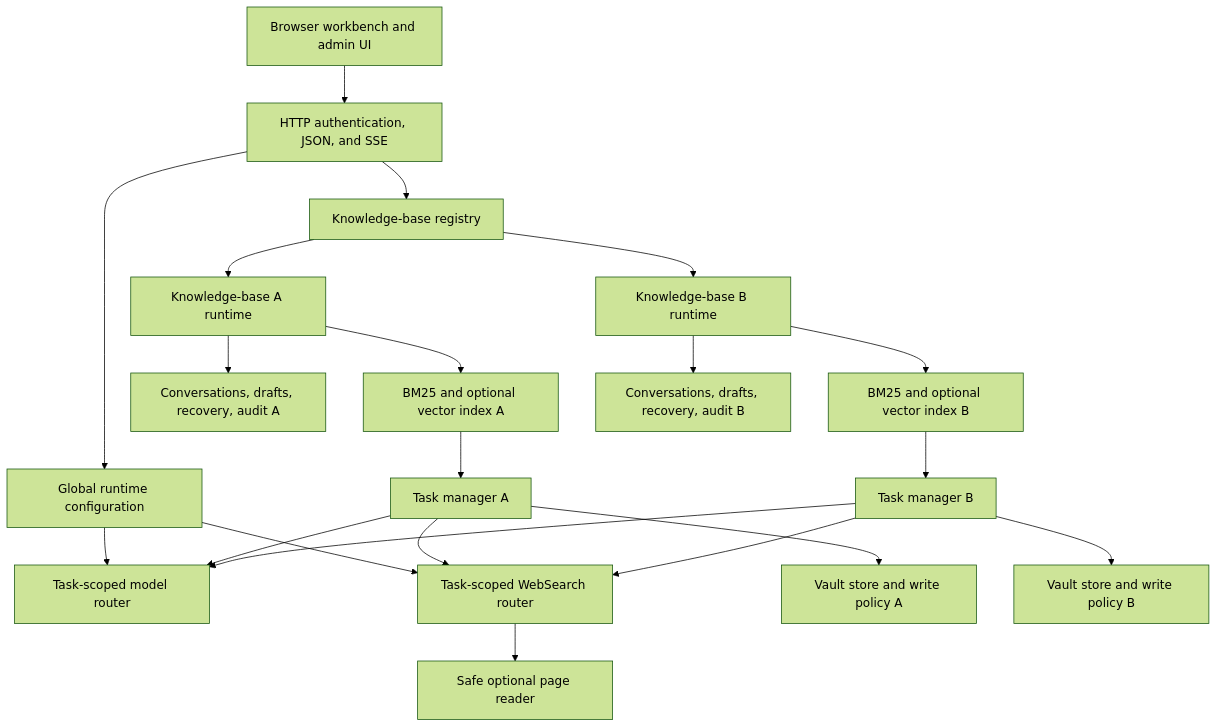
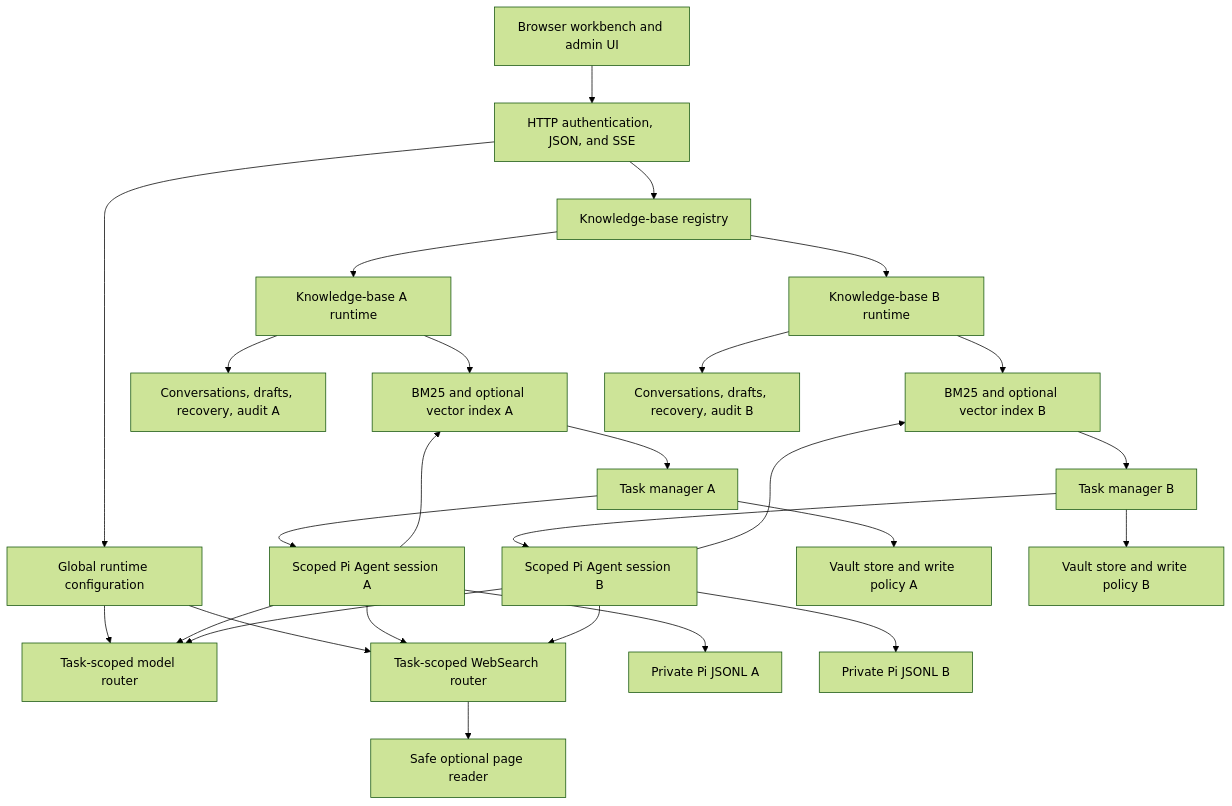
The diagram in docs/architecture.md (kygoyuan2004/Second-Mind), drawn with Mermaid (forest theme) before and after one commit. The commit also changed other lines of this file and 13 other files, not shown here.

````diff
--- a/docs/architecture.md
+++ b/docs/architecture.md
@@ -7,23 +7,29 @@
 ```mermaid
 flowchart TB
   UI[Browser workbench and admin UI] --> HTTP[HTTP authentication, JSON, and SSE]
   HTTP --> REG[Knowledge-base registry]
   REG --> KA[Knowledge-base A runtime]
   REG --> KB[Knowledge-base B runtime]
   KA --> IA[BM25 and optional vector index A]
   KA --> SA[Conversations, drafts, recovery, audit A]
   KB --> IB[BM25 and optional vector index B]
   KB --> SB[Conversations, drafts, recovery, audit B]
   HTTP --> RC[Global runtime configuration]
   RC --> MR[Task-scoped model router]
   RC --> WR[Task-scoped WebSearch router]
   IA --> TA[Task manager A]
   IB --> TB[Task manager B]
-  TA --> MR
-  TB --> MR
-  TA --> WR
-  TB --> WR
+  TA --> PA[Scoped Pi Agent session A]
+  TB --> PB[Scoped Pi Agent session B]
+  PA --> MR
+  PB --> MR
+  PA --> IA
+  PB --> IB
+  PA --> WR
+  PB --> WR
+  PA --> PSA[Private Pi JSONL A]
+  PB --> PSB[Private Pi JSONL B]
   WR --> RD[Safe optional page reader]
   TA --> VA[Vault store and write policy A]
   TB --> VB[Vault store and write policy B]
 ```
````
